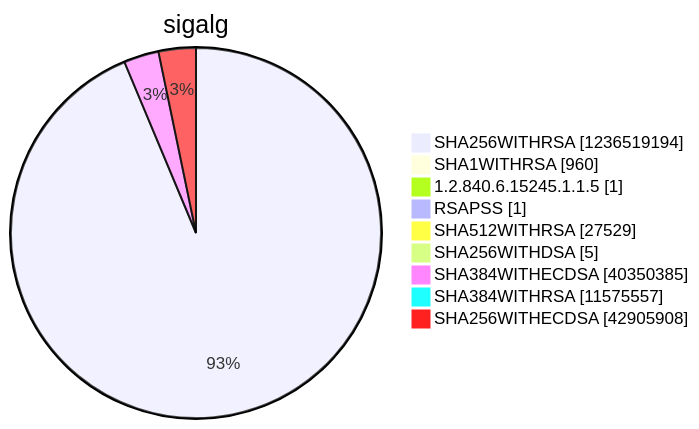
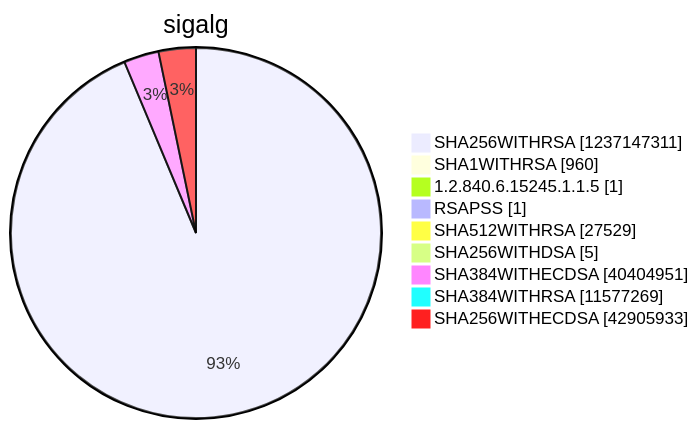
Before and after one commit to christiankrug/ctmonitor_visualization: diagram 15 of 15 in argon2022/README.md, drawn with Mermaid. The commit also changed other lines of this file, not shown here.

````diff
--- a/argon2022/README.md
+++ b/argon2022/README.md
@@ -5522,13 +5522,13 @@
 ```mermaid
 pie showData
 title sigalg
-"SHA256WITHRSA" :1236519194
+"SHA256WITHRSA" :1237147311
 "SHA1WITHRSA" :960
 "1.2.840.6.15245.1.1.5" :1
 "RSAPSS" :1
 "SHA512WITHRSA" :27529
 "SHA256WITHDSA" :5
-"SHA384WITHECDSA" :40350385
-"SHA384WITHRSA" :11575557
-"SHA256WITHECDSA" :42905908
+"SHA384WITHECDSA" :40404951
+"SHA384WITHRSA" :11577269
+"SHA256WITHECDSA" :42905933
 ```
````
